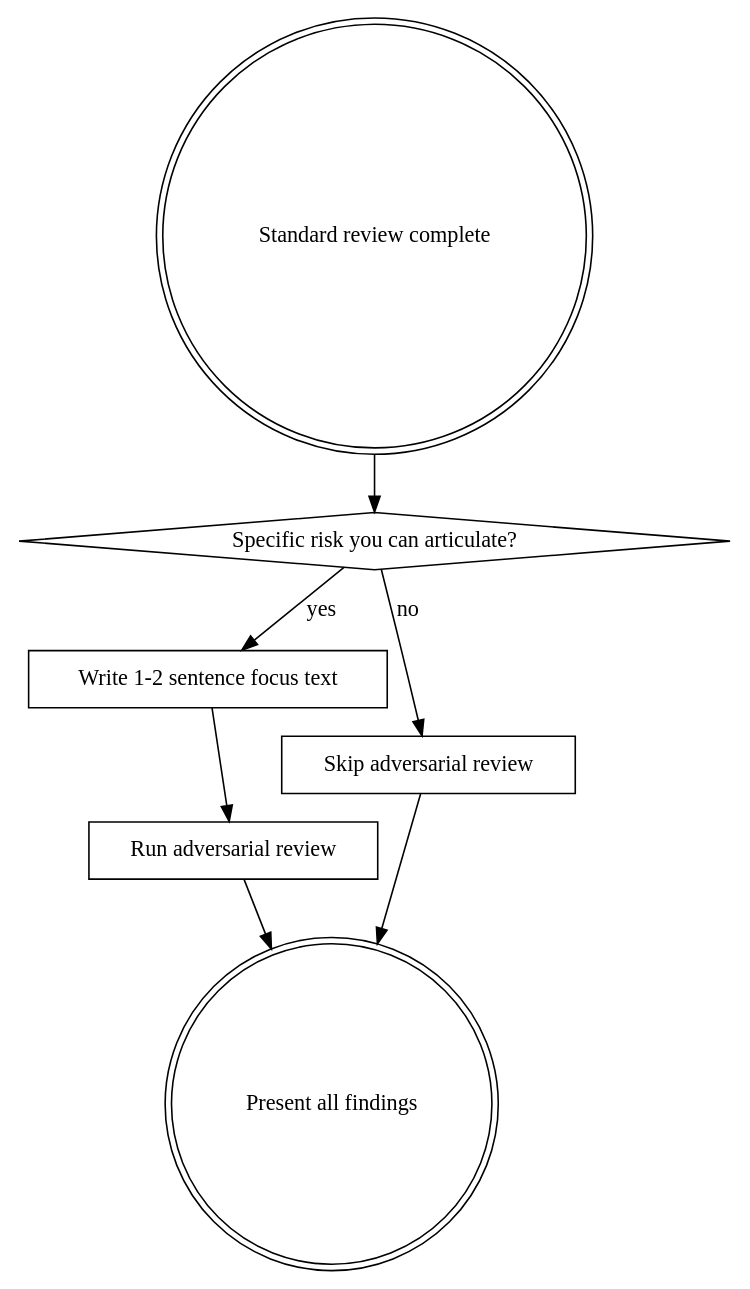
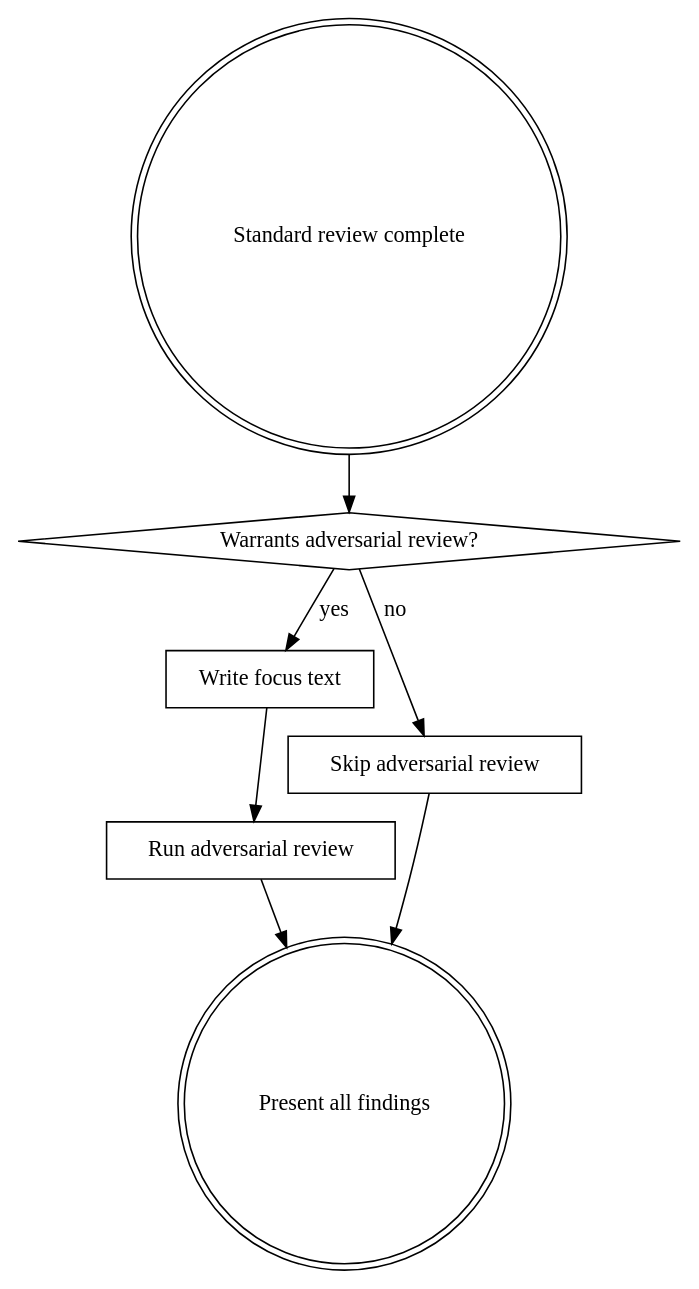
The diagram in agent-config/skills/codex-review-gate/SKILL.md (seankao31/dotfiles), drawn with Graphviz before and after one commit. The commit also changed other lines of this file, not shown here.

First line of the commit message:
codex-review-gate: allow approach-validation adversarial review (ENG-209)

````diff
--- a/agent-config/skills/codex-review-gate/SKILL.md
+++ b/agent-config/skills/codex-review-gate/SKILL.md
@@ -43,17 +43,17 @@
 ```dot
 digraph adversarial_decision {
     "Standard review complete" [shape=doublecircle];
-    "Specific risk you can articulate?" [shape=diamond];
-    "Write 1-2 sentence focus text" [shape=box];
+    "Warrants adversarial review?" [shape=diamond];
+    "Write focus text" [shape=box];
     "Run adversarial review" [shape=box];
     "Skip adversarial review" [shape=box];
     "Present all findings" [shape=doublecircle];
 
-    "Standard review complete" -> "Specific risk you can articulate?";
-    "Specific risk you can articulate?" -> "Write 1-2 sentence focus text" [label="yes"];
-    "Specific risk you can articulate?" -> "Skip adversarial review" [label="no"];
-    "Write 1-2 sentence focus text" -> "Run adversarial review";
+    "Standard review complete" -> "Warrants adversarial review?";
+    "Warrants adversarial review?" -> "Write focus text" [label="yes"];
+    "Warrants adversarial review?" -> "Skip adversarial review" [label="no"];
+    "Write focus text" -> "Run adversarial review";
     "Run adversarial review" -> "Present all findings";
     "Skip adversarial review" -> "Present all findings";
 }
 ```
````
